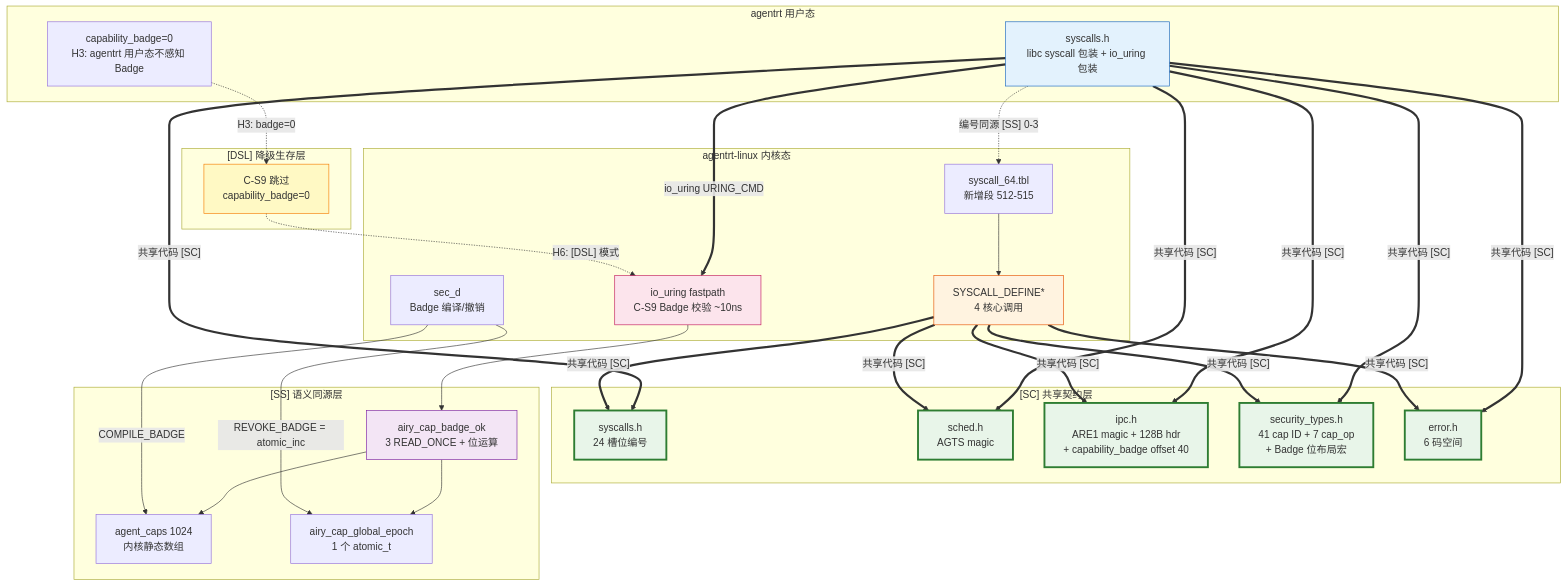
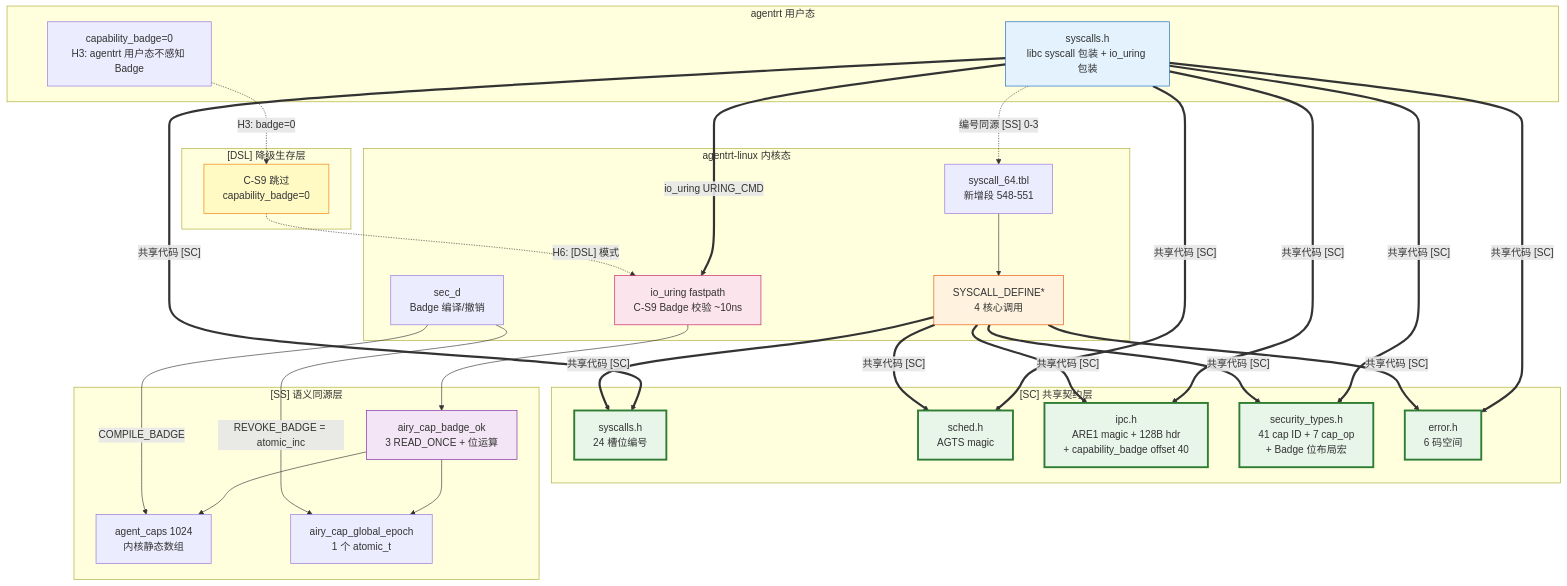
One commit to SpharxTeam/Docs changed the diagram in AirymaxOS/30-interfaces/01-syscalls.md. Above: the diagram before and after it, drawn with Mermaid. The commit also changed other lines of this file and 50 other files, not shown here.

````diff
--- a/AirymaxOS/30-interfaces/01-syscalls.md
+++ b/AirymaxOS/30-interfaces/01-syscalls.md
@@ -687,64 +691,64 @@
 ```mermaid
 graph TB
     subgraph "agentrt 用户态"
         RT_USR[syscalls.h<br/>libc syscall 包装 + io_uring 包装]
         RT_BADGE[capability_badge=0<br/>H3: agentrt 用户态不感知 Badge]
     end
 
     subgraph "agentrt-linux 内核态"
-        OS_TBL[syscall_64.tbl<br/>新增段 512-515]
+        OS_TBL[syscall_64.tbl<br/>新增段 548-551]
         OS_DEF[SYSCALL_DEFINE*<br/>4 核心调用]
         OS_FP[io_uring fastpath<br/>C-S9 Badge 校验 ~10ns]
         OS_SECD[sec_d<br/>Badge 编译/撤销]
     end
 
     subgraph "[SC] 共享契约层"
         SC0[syscalls.h<br/>24 槽位编号]
         SC1[sched.h<br/>AGTS magic]
         SC2[ipc.h<br/>ARE1 magic + 128B hdr<br/>+ capability_badge offset 40]
         SC3[security_types.h<br/>41 cap ID + 7 cap_op<br/>+ Badge 位布局宏]
         SC4[error.h<br/>6 码空间]
     end
 
     subgraph "[SS] 语义同源层"
         SS_BADGE[airy_cap_badge_ok<br/>3 READ_ONCE + 位运算]
         SS_CAPS[agent_caps 1024<br/>内核静态数组]
         SS_EPOCH[airy_cap_global_epoch<br/>1 个 atomic_t]
     end
 
     subgraph "[DSL] 降级生存层"
         DSL_SKIP[C-S9 跳过<br/>capability_badge=0]
     end
 
     RT_USR -.->|"编号同源 [SS] 0-3"| OS_TBL
     OS_TBL --> OS_DEF
     RT_USR ==>|"io_uring URING_CMD"| OS_FP
     OS_FP --> SS_BADGE
     SS_BADGE --> SS_CAPS
     SS_BADGE --> SS_EPOCH
     OS_SECD -->|"COMPILE_BADGE"| SS_CAPS
     OS_SECD -->|"REVOKE_BADGE = atomic_inc"| SS_EPOCH
     RT_USR ==>|"共享代码 [SC]"| SC0
     RT_USR ==>|"共享代码 [SC]"| SC1
     RT_USR ==>|"共享代码 [SC]"| SC2
     RT_USR ==>|"共享代码 [SC]"| SC3
     RT_USR ==>|"共享代码 [SC]"| SC4
     OS_DEF ==>|"共享代码 [SC]"| SC0
     OS_DEF ==>|"共享代码 [SC]"| SC1
     OS_DEF ==>|"共享代码 [SC]"| SC2
     OS_DEF ==>|"共享代码 [SC]"| SC3
     OS_DEF ==>|"共享代码 [SC]"| SC4
     RT_BADGE -.->|"H3: badge=0"| DSL_SKIP
     DSL_SKIP -.->|"H6: [DSL] 模式"| OS_FP
 
     style SC0 fill:#e8f5e9,stroke:#2e7d32,stroke-width:3px
     style SC1 fill:#e8f5e9,stroke:#2e7d32,stroke-width:3px
     style SC2 fill:#e8f5e9,stroke:#2e7d32,stroke-width:3px
     style SC3 fill:#e8f5e9,stroke:#2e7d32,stroke-width:3px
     style SC4 fill:#e8f5e9,stroke:#2e7d32,stroke-width:3px
     style RT_USR fill:#e3f2fd,stroke:#1565c0
     style OS_DEF fill:#fff3e0,stroke:#e65100
     style OS_FP fill:#fce4ec,stroke:#c2185b
     style SS_BADGE fill:#f3e5f5,stroke:#7b1fa2
     style DSL_SKIP fill:#fff9c4,stroke:#f57c00
 ```
````
